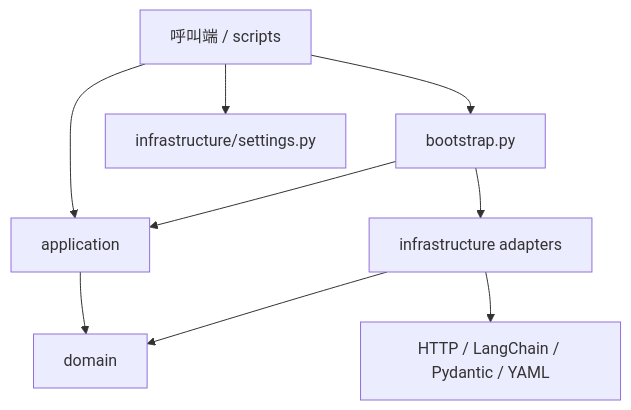
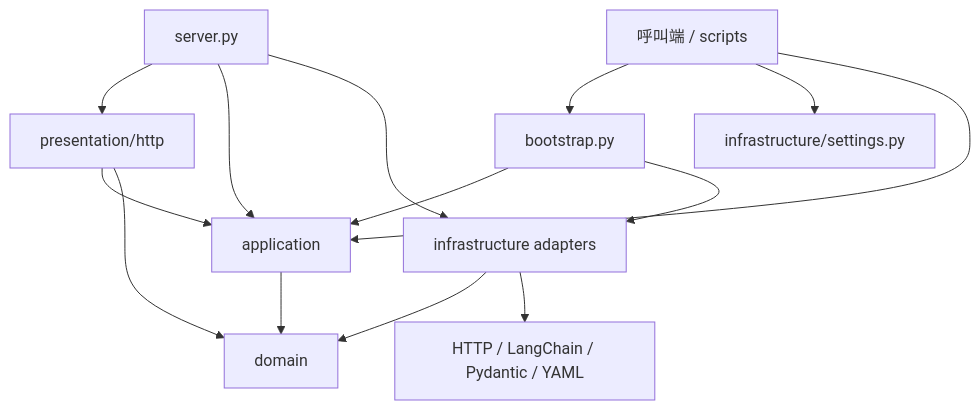
The first of 2 diagrams in structure/README.md (ntut-Tu/test_Agent), drawn with Mermaid before and after one commit. The commit also changed other lines of this file and 40 other files, not shown here.

````diff
--- a/structure/README.md
+++ b/structure/README.md
@@ -96,11 +127,16 @@
 ```mermaid
 flowchart TD
+    Server[server.py] --> HTTP[presentation/http]
+    Server --> App
+    Server --> Infra
+    HTTP --> App
+    HTTP --> Domain
     Entry[呼叫端 / scripts] --> Bootstrap[bootstrap.py]
     Entry --> Settings[infrastructure/settings.py]
     Entry --> App[application]
     Bootstrap --> App
     Bootstrap --> Infra[infrastructure adapters]
     App --> Domain[domain]
     Infra --> Domain
     Infra --> External[HTTP / LangChain / Pydantic / YAML]
 ```
````
